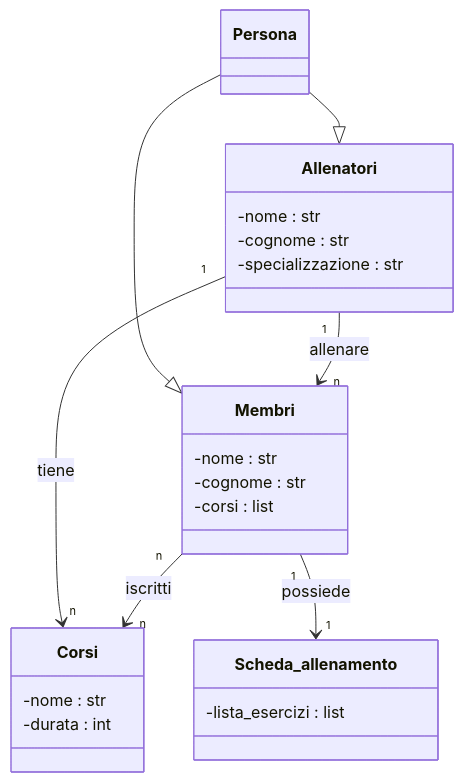
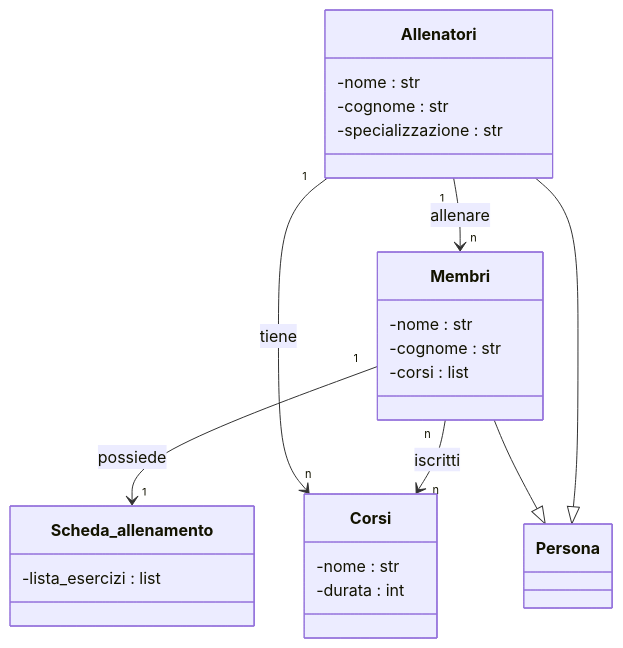
The diagram in esercizio_18/monticelli_018.md (CristianMonticelli/io), drawn with Mermaid before and after one commit. The commit also changed 7 other files, not shown here.

````diff
--- a/esercizio_18/monticelli_018.md
+++ b/esercizio_18/monticelli_018.md
@@ -1,29 +1,29 @@
 ```mermaid
 classDiagram
     class Allenatori{
     -nome : str
     -cognome : str
     -specializzazione : str
     }
     class Membri{
     -nome : str
     -cognome : str
     -corsi : list
     }
     class Corsi{ 
     -nome : str
     -durata : int
     }
     class Scheda_allenamento{
     -lista_esercizi : list
     }
 
     Allenatori "1" --> "n" Membri : allenare
     Membri "n" --> "n" Corsi : iscritti
     Allenatori "1" --> "n" Corsi : tiene
     Membri "1" --> "1" Scheda_allenamento : possiede
-    Persona --|> Allenatori 
-    Persona --|> Membri 
+    Allenatori --|> Persona
+    Membri --|> Persona
 
     
 ```
````
